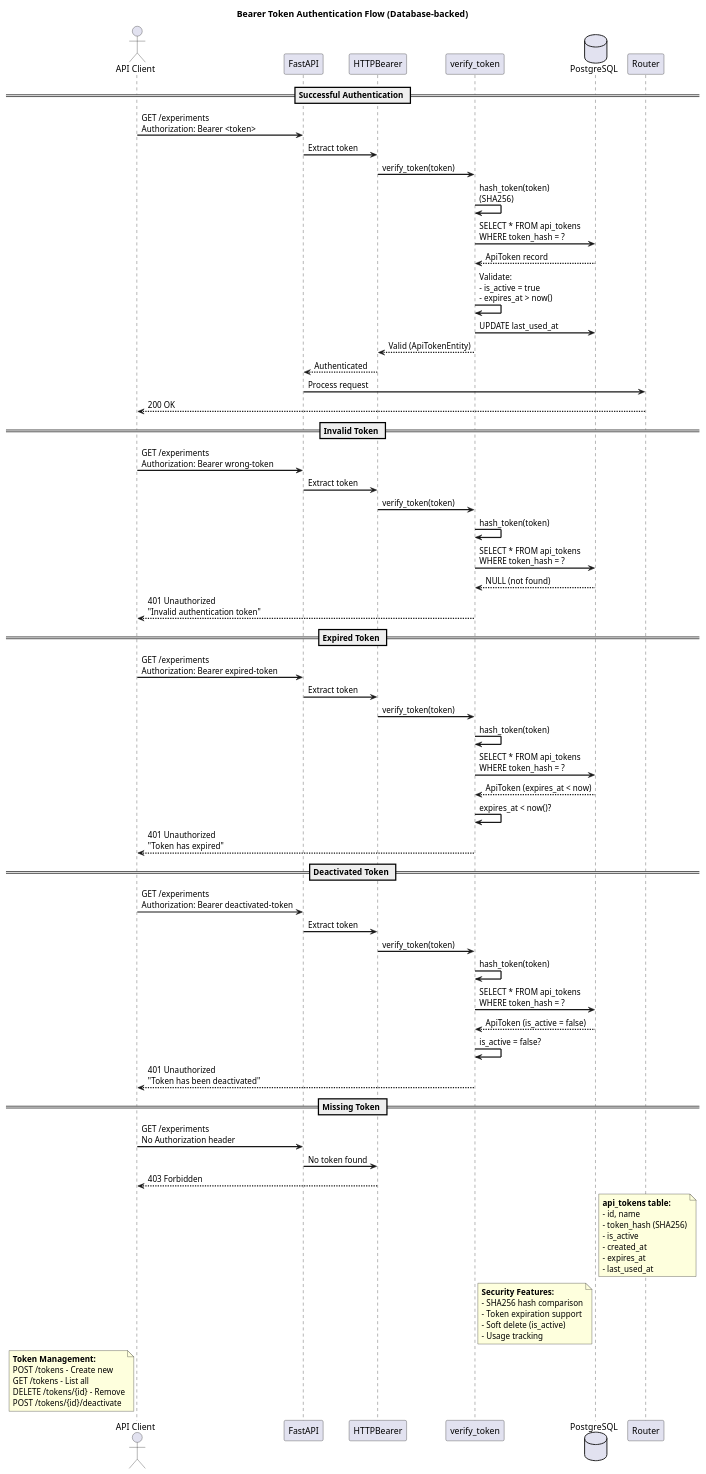
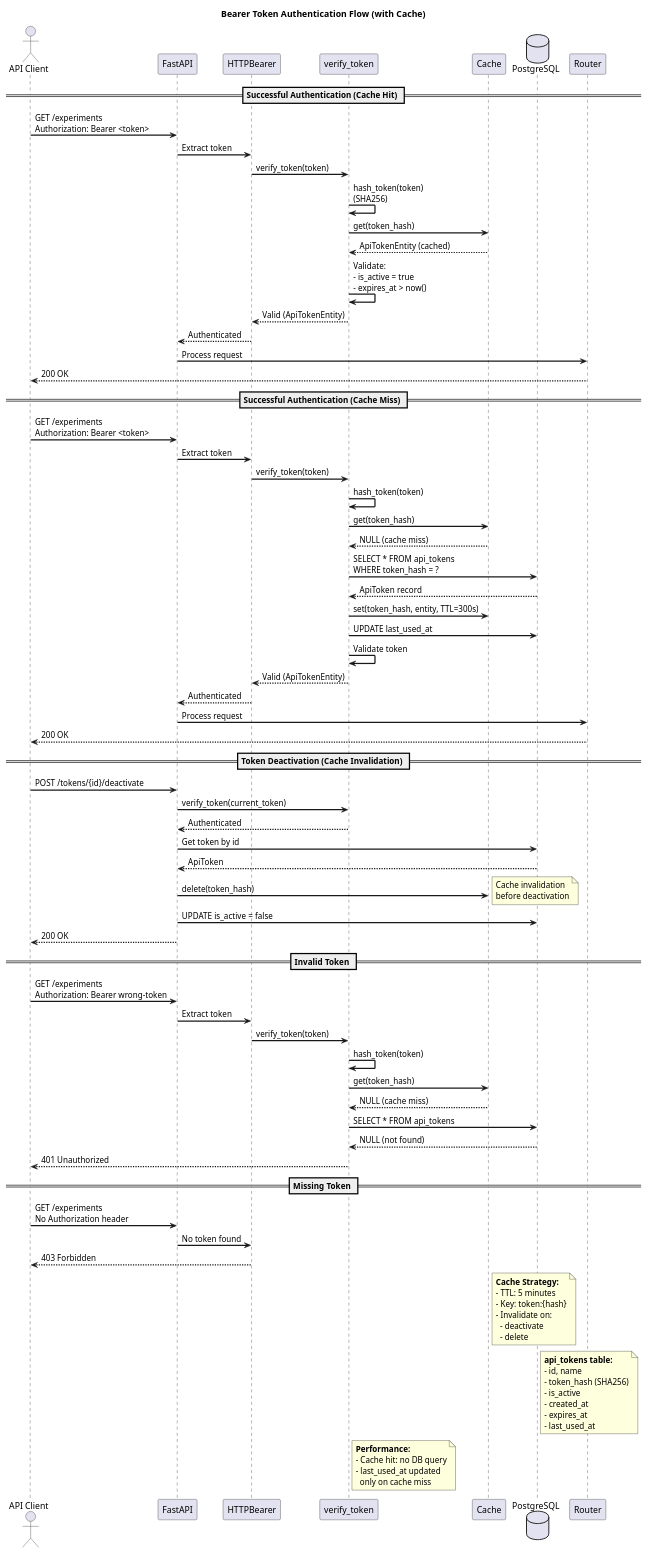
Before and after one commit to huangyingw/neonblue_ab_testing_api: the diagram in docs/diagrams/auth-sequence.puml, drawn with PlantUML.

Commit message:
Update auth-sequence.puml for token cache flow
Show cache-first authentication flow:
- Cache hit: skip database query
- Cache miss: query DB, cache result, update last_used_at
- Cache invalidation on token deactivation/deletion

```diff
--- a/docs/diagrams/auth-sequence.puml
+++ b/docs/diagrams/auth-sequence.puml
@@ -1,108 +1,119 @@
 @startuml Authentication Flow
 
 ' ============================================================================
 ' Authentication Flow Diagram
 ' ============================================================================
 ' This diagram shows how Bearer Token authentication works in the API.
 ' All endpoints (except /health) require a valid token in the Authorization header.
 '
-' Token verification process:
+' Token verification process (with caching):
 ' 1. Extract Bearer token from Authorization header
 ' 2. Hash the token using SHA256
-' 3. Look up the hash in the api_tokens table
-' 4. Validate: is_active=true, not expired
-' 5. Update last_used_at timestamp
+' 3. Check cache for token entity (5-minute TTL)
+' 4. If cache miss, query database and cache result
+' 5. Validate: is_active=true, not expired
+' 6. Update last_used_at only on cache miss
 ' ============================================================================
 
 skinparam backgroundColor white
 skinparam sequenceArrowThickness 2
 
-title Bearer Token Authentication Flow (Database-backed)
+title Bearer Token Authentication Flow (with Cache)
 
 actor "API Client" as Client
 participant "FastAPI" as API
 participant "HTTPBearer" as Bearer
 participant "verify_token" as Auth
+participant "Cache" as Cache
 database "PostgreSQL" as DB
 participant "Router" as Router
 
-== Successful Authentication ==
+== Successful Authentication (Cache Hit) ==
 
 Client -> API : GET /experiments\nAuthorization: Bearer <token>
 API -> Bearer : Extract token
 Bearer -> Auth : verify_token(token)
 Auth -> Auth : hash_token(token)\n(SHA256)
-Auth -> DB : SELECT * FROM api_tokens\nWHERE token_hash = ?
-DB --> Auth : ApiToken record
+Auth -> Cache : get(token_hash)
+Cache --> Auth : ApiTokenEntity (cached)
 Auth -> Auth : Validate:\n- is_active = true\n- expires_at > now()
-Auth -> DB : UPDATE last_used_at
 Auth --> Bearer : Valid (ApiTokenEntity)
 Bearer --> API : Authenticated
 API -> Router : Process request
 Router --> Client : 200 OK
+
+== Successful Authentication (Cache Miss) ==
+
+Client -> API : GET /experiments\nAuthorization: Bearer <token>
+API -> Bearer : Extract token
+Bearer -> Auth : verify_token(token)
+Auth -> Auth : hash_token(token)
+Auth -> Cache : get(token_hash)
+Cache --> Auth : NULL (cache miss)
+Auth -> DB : SELECT * FROM api_tokens\nWHERE token_hash = ?
+DB --> Auth : ApiToken record
+Auth -> Cache : set(token_hash, entity, TTL=300s)
+Auth -> DB : UPDATE last_used_at
+Auth -> Auth : Validate token
+Auth --> Bearer : Valid (ApiTokenEntity)
+Bearer --> API : Authenticated
+API -> Router : Process request
+Router --> Client : 200 OK
+
+== Token Deactivation (Cache Invalidation) ==
+
+Client -> API : POST /tokens/{id}/deactivate
+API -> Auth : verify_token(current_token)
+Auth --> API : Authenticated
+API -> DB : Get token by id
+DB --> API : ApiToken
+API -> Cache : delete(token_hash)
+note right: Cache invalidation\nbefore deactivation
+API -> DB : UPDATE is_active = false
+API --> Client : 200 OK
 
 == Invalid Token ==
 
 Client -> API : GET /experiments\nAuthorization: Bearer wrong-token
 API -> Bearer : Extract token
 Bearer -> Auth : verify_token(token)
 Auth -> Auth : hash_token(token)
-Auth -> DB : SELECT * FROM api_tokens\nWHERE token_hash = ?
+Auth -> Cache : get(token_hash)
+Cache --> Auth : NULL (cache miss)
+Auth -> DB : SELECT * FROM api_tokens
 DB --> Auth : NULL (not found)
-Auth --> Client : 401 Unauthorized\n"Invalid authentication token"
-
-== Expired Token ==
-
-Client -> API : GET /experiments\nAuthorization: Bearer expired-token
-API -> Bearer : Extract token
-Bearer -> Auth : verify_token(token)
-Auth -> Auth : hash_token(token)
-Auth -> DB : SELECT * FROM api_tokens\nWHERE token_hash = ?
-DB --> Auth : ApiToken (expires_at < now)
-Auth -> Auth : expires_at < now()?
-Auth --> Client : 401 Unauthorized\n"Token has expired"
-
-== Deactivated Token ==
-
-Client -> API : GET /experiments\nAuthorization: Bearer deactivated-token
-API -> Bearer : Extract token
-Bearer -> Auth : verify_token(token)
-Auth -> Auth : hash_token(token)
-Auth -> DB : SELECT * FROM api_tokens\nWHERE token_hash = ?
-DB --> Auth : ApiToken (is_active = false)
-Auth -> Auth : is_active = false?
-Auth --> Client : 401 Unauthorized\n"Token has been deactivated"
+Auth --> Client : 401 Unauthorized
 
 == Missing Token ==
 
 Client -> API : GET /experiments\nNo Authorization header
 API -> Bearer : No token found
 Bearer --> Client : 403 Forbidden
+
+note right of Cache
+  **Cache Strategy:**
+  - TTL: 5 minutes
+  - Key: token:{hash}
+  - Invalidate on:
+    - deactivate
+    - delete
+end note
 
 note right of DB
   **api_tokens table:**
   - id, name
   - token_hash (SHA256)
   - is_active
   - created_at
   - expires_at
   - last_used_at
 end note
 
 note right of Auth
-  **Security Features:**
-  - SHA256 hash comparison
-  - Token expiration support
-  - Soft delete (is_active)
-  - Usage tracking
-end note
-
-note left of Client
-  **Token Management:**
-  POST /tokens - Create new
-  GET /tokens - List all
-  DELETE /tokens/{id} - Remove
-  POST /tokens/{id}/deactivate
+  **Performance:**
+  - Cache hit: no DB query
+  - last_used_at updated
+    only on cache miss
 end note
 
 @enduml
```
